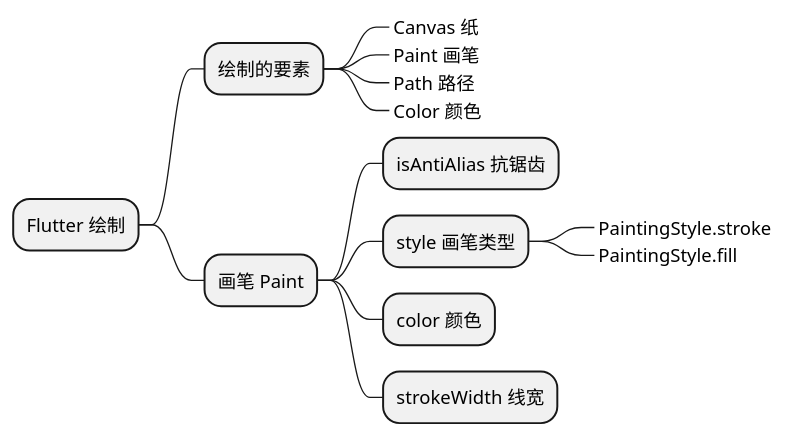
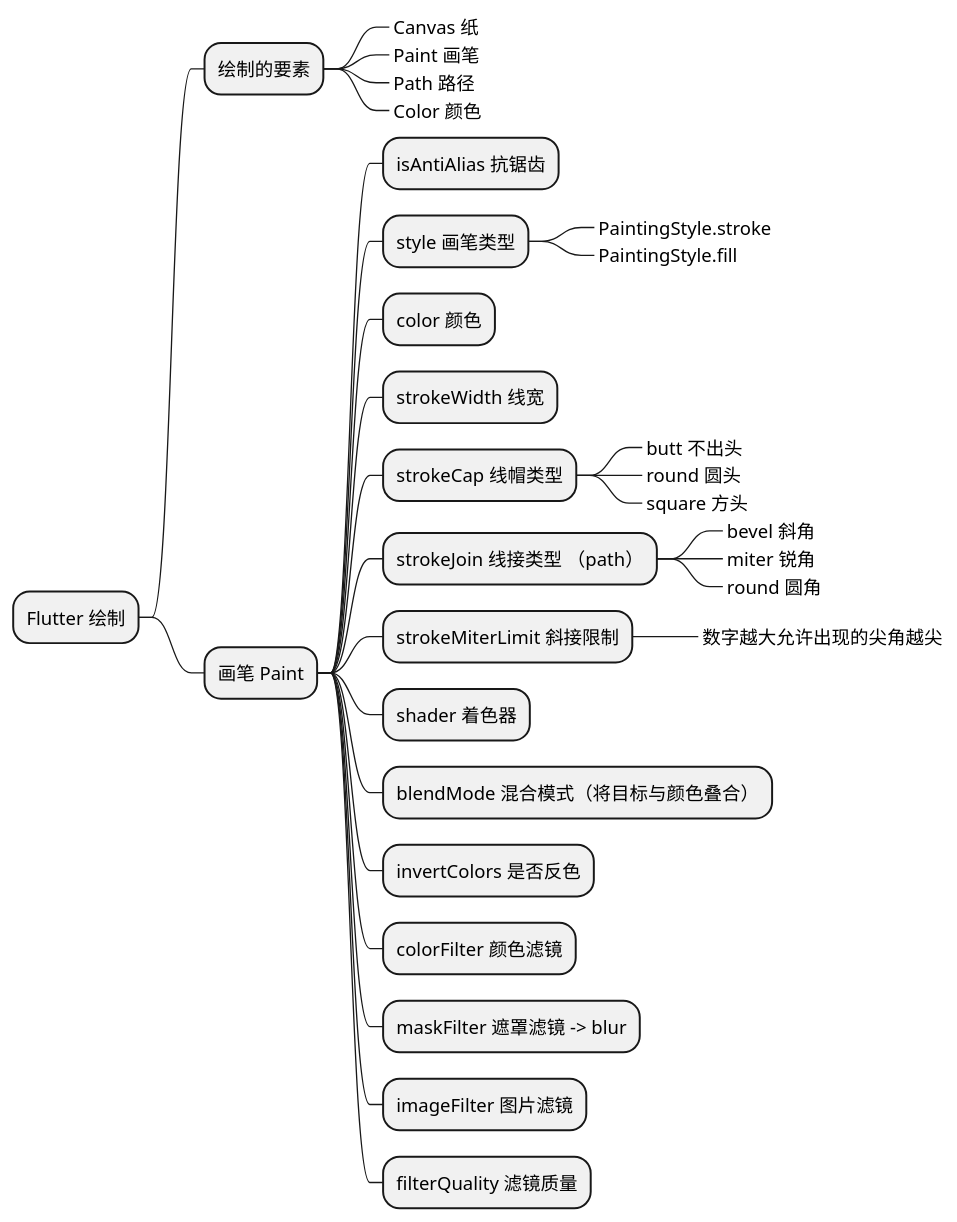
Before and after one commit to HEROhuqinchao/flutter_bilibili_getx: the diagram in lib/ui/pages/functions/canvas_paint_study/mindMap/canvasMindMap.pu, drawn with PlantUML. The commit also changed 8 other files, not shown here.

```diff
--- a/lib/ui/pages/functions/canvas_paint_study/mindMap/canvasMindMap.pu
+++ b/lib/ui/pages/functions/canvas_paint_study/mindMap/canvasMindMap.pu
@@ -1,16 +1,32 @@
 @startmindmap
 * Flutter 绘制
 ** 绘制的要素
 ***_ Canvas 纸
 ***_ Paint 画笔
 ***_ Path 路径
 ***_ Color 颜色
 ** 画笔 Paint
 *** isAntiAlias 抗锯齿
 *** style 画笔类型
 ****_ PaintingStyle.stroke
 ****_ PaintingStyle.fill
 *** color 颜色
 *** strokeWidth 线宽
-
+*** strokeCap 线帽类型
+****_ butt 不出头
+****_ round 圆头
+****_ square 方头
+*** strokeJoin 线接类型 （path）
+****_ bevel 斜角
+****_ miter 锐角
+****_ round 圆角
+*** strokeMiterLimit 斜接限制
+****_ 数字越大允许出现的尖角越尖
+*** shader 着色器
+*** blendMode 混合模式（将目标与颜色叠合）
+*** invertColors 是否反色
+*** colorFilter 颜色滤镜
+*** maskFilter 遮罩滤镜 -> blur
+*** imageFilter 图片滤镜
+*** filterQuality 滤镜质量
 @endmindmap
```
